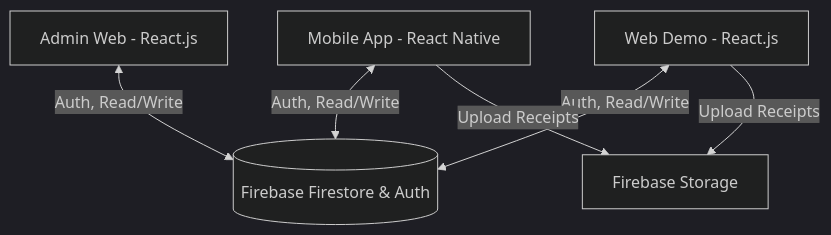
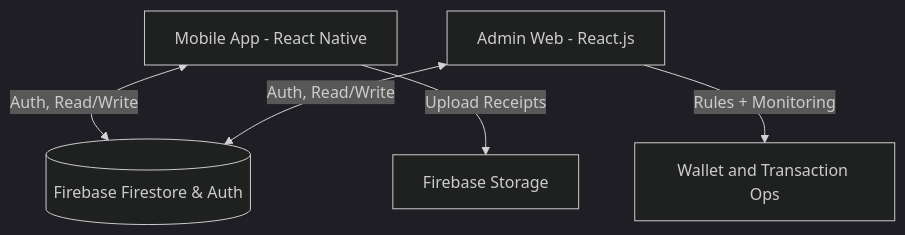
The diagram in TECH_STACK.md (KrishBansal24/ExpensAI), drawn with Mermaid (dark theme) before and after one commit. The commit also changed other lines of this file and 58 other files, not shown here.

Commit message:
refactor admin platform and remove web-demo module

````diff
--- a/TECH_STACK.md
+++ b/TECH_STACK.md
@@ -7,9 +7,8 @@
 ```mermaid
 graph TD
     A[Mobile App - React Native] <-->|Auth, Read/Write| D[(Firebase Firestore & Auth)]
     B[Admin Web - React.js] <-->|Auth, Read/Write| D
-    C[Web Demo - React.js] <-->|Auth, Read/Write| D
-    
+
     A -->|Upload Receipts| E[Firebase Storage]
-    C -->|Upload Receipts| E
+  B -->|Rules + Monitoring| F[Wallet and Transaction Ops]
 ```
````
